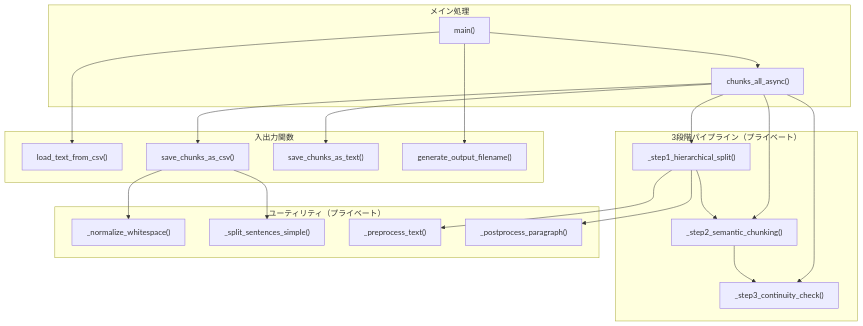
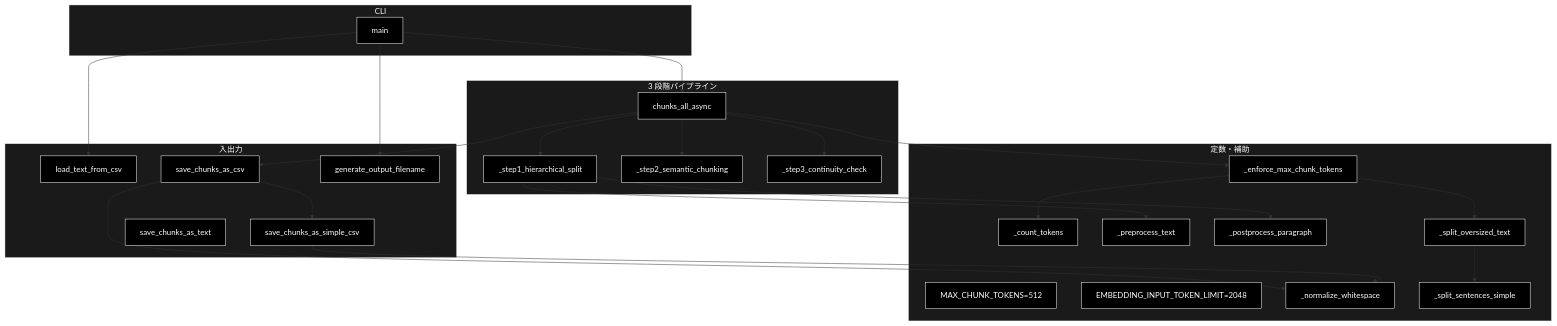
Before and after one commit to nakashima2toshio/anthropic_grace_agent_v2: the second of 3 diagrams in chunking/doc/csv_text_to_chunks_text_csv.md, drawn with Mermaid. The commit also changed other lines of this file and 4 other files, not shown here.

````diff
--- a/chunking/doc/csv_text_to_chunks_text_csv.md
+++ b/chunking/doc/csv_text_to_chunks_text_csv.md
@@ -203,45 +131,57 @@
 ```mermaid
 flowchart TB
-    subgraph MAIN_FUNC["メイン処理"]
-        CHUNKS_ALL["chunks_all_async()"]
-        MAIN["main()"]
+    subgraph CONST["定数・補助"]
+        MAXT["MAX_CHUNK_TOKENS=512"]
+        EMBT["EMBEDDING_INPUT_TOKEN_LIMIT=2048"]
+        TOK["_count_tokens"]
+        NORM["_normalize_whitespace"]
+        PRE["_preprocess_text"]
+        POST["_postprocess_paragraph"]
+        SPLIT["_split_sentences_simple"]
+        SPLITOV["_split_oversized_text"]
+        ENF["_enforce_max_chunk_tokens"]
     end
 
-    subgraph PIPELINE["3段階パイプライン（プライベート）"]
-        STEP1["_step1_hierarchical_split()"]
-        STEP2["_step2_semantic_chunking()"]
-        STEP3["_step3_continuity_check()"]
+    subgraph IO["入出力"]
+        LOAD["load_text_from_csv"]
+        SAVECSV["save_chunks_as_csv"]
+        SAVESIM["save_chunks_as_simple_csv"]
+        SAVETXT["save_chunks_as_text"]
+        GENFN["generate_output_filename"]
     end
 
-    subgraph IO_FUNC["入出力関数"]
-        LOAD_CSV["load_text_from_csv()"]
-        SAVE_CSV["save_chunks_as_csv()"]
-        SAVE_TXT["save_chunks_as_text()"]
-        GEN_NAME["generate_output_filename()"]
+    subgraph PIPE["3 段階パイプライン"]
+        ENTRY["chunks_all_async"]
+        S1["_step1_hierarchical_split"]
+        S2["_step2_semantic_chunking"]
+        S3["_step3_continuity_check"]
     end
 
-    subgraph UTIL_FUNC["ユーティリティ（プライベート）"]
-        NORM["_normalize_whitespace()"]
-        SPLIT["_split_sentences_simple()"]
-        PREPROC["_preprocess_text()"]
-        POSTPROC["_postprocess_paragraph()"]
+    subgraph CLIB["CLI"]
+        MAIN["main"]
     end
 
-    MAIN --> LOAD_CSV
-    MAIN --> CHUNKS_ALL
-    MAIN --> GEN_NAME
-
-    CHUNKS_ALL --> STEP1
-    CHUNKS_ALL --> STEP2
-    CHUNKS_ALL --> STEP3
-    CHUNKS_ALL --> SAVE_CSV
-    CHUNKS_ALL --> SAVE_TXT
-
-    STEP1 --> PREPROC
-    STEP1 --> POSTPROC
-    STEP1 --> STEP2
-    STEP2 --> STEP3
-
-    SAVE_CSV --> NORM
-    SAVE_CSV --> SPLIT
+    MAIN --> LOAD
+    MAIN --> GENFN
+    MAIN --> ENTRY
+    ENTRY --> S1
+    ENTRY --> S2
+    ENTRY --> S3
+    S1 --> PRE
+    S1 --> POST
+    ENTRY --> ENF
+    ENF --> SPLITOV
+    SPLITOV --> SPLIT
+    ENF --> TOK
+    ENTRY --> SAVECSV
+    SAVECSV --> SAVESIM
+    SAVECSV --> NORM
+    SAVESIM --> NORM
+classDef default fill:#000,stroke:#fff,color:#fff
+classDef subgraphStyle fill:#1a1a1a,stroke:#fff,color:#fff
+class MAXT,EMBT,TOK,NORM,PRE,POST,SPLIT,SPLITOV,ENF,LOAD,SAVECSV,SAVESIM,SAVETXT,GENFN,ENTRY,S1,S2,S3,MAIN default
+style CONST fill:#1a1a1a,stroke:#fff,color:#fff
+style IO fill:#1a1a1a,stroke:#fff,color:#fff
+style PIPE fill:#1a1a1a,stroke:#fff,color:#fff
+style CLIB fill:#1a1a1a,stroke:#fff,color:#fff
 ```
````
